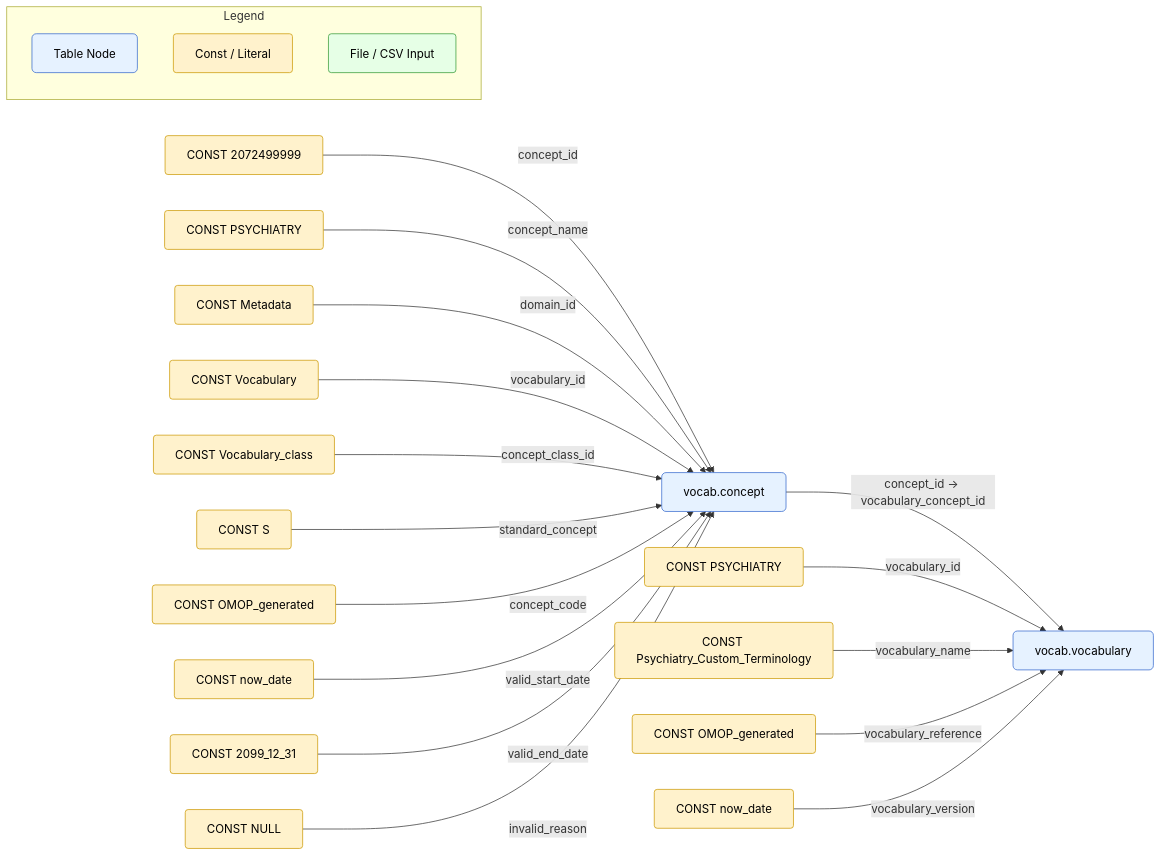
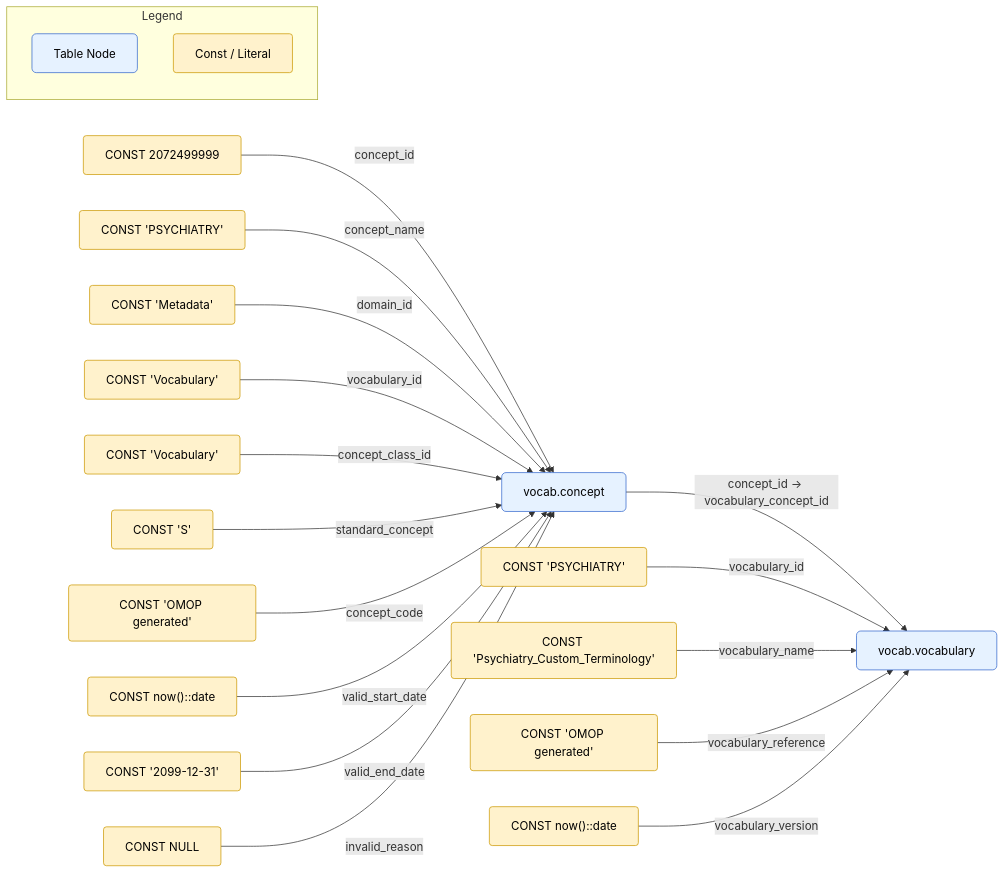
Before and after one commit to Emory-OMOP/CVB: the second of 6 diagrams in PSYCHIATRY/Builder/sql/readme.md, drawn with Mermaid. The commit also changed other lines of this file and 1 other file, not shown here.

Commit message:
:sparkles: Created documentation through step 4

````diff
--- a/PSYCHIATRY/Builder/sql/readme.md
+++ b/PSYCHIATRY/Builder/sql/readme.md
@@ -11,59 +30,50 @@
 ```mermaid
-%% Column-level lineage: create-general-concepts.sql
-%% Styles: table=blue, const=yellow, file=green
+%% Column-level lineage: create-general-concepts.sql (Step 1)
+%% Functions/literals quoted; legend included only in Step 1.
 
 flowchart LR
-  %% Table nodes
   VC[vocab.concept]:::table
   VV[vocab.vocabulary]:::table
 
-  %% Const sources
-  C_ID[CONST 2072499999]:::const
-  C_NAME[CONST PSYCHIATRY]:::const
-  C_DOMAIN[CONST Metadata]:::const
-  C_VOCAB_ID[CONST Vocabulary]:::const
-  C_CLASS[CONST Vocabulary_class]:::const
-  C_STD[CONST S]:::const
-  C_CODE[CONST OMOP_generated]:::const
-  C_VSTART[CONST now_date]:::const
-  C_VEND[CONST 2099_12_31]:::const
-  C_INV[CONST NULL]:::const
+  C_ID["CONST 2072499999"]:::const
+  C_NAME["CONST 'PSYCHIATRY'"]:::const
+  C_DOMAIN["CONST 'Metadata'"]:::const
+  C_VOCAB_ID["CONST 'Vocabulary'"]:::const
+  C_CLASS["CONST 'Vocabulary'"]:::const
+  C_STD["CONST 'S'"]:::const
+  C_CODE["CONST 'OMOP generated'"]:::const
+  C_VSTART["CONST now()::date"]:::const
+  C_VEND["CONST '2099-12-31'"]:::const
+  C_INV["CONST NULL"]:::const
 
-  V_ID[CONST PSYCHIATRY]:::const
-  V_NAME[CONST Psychiatry_Custom_Terminology]:::const
-  V_REF[CONST OMOP_generated]:::const
-  V_VER[CONST now_date]:::const
+  V_ID["CONST 'PSYCHIATRY'"]:::const
+  V_NAME["CONST 'Psychiatry_Custom_Terminology'"]:::const
+  V_REF["CONST 'OMOP generated'"]:::const
+  V_VER["CONST now()::date"]:::const
 
-  %% Edges to vocab.concept
   C_ID -->|concept_id| VC
   C_NAME -->|concept_name| VC
   C_DOMAIN -->|domain_id| VC
   C_VOCAB_ID -->|vocabulary_id| VC
   C_CLASS -->|concept_class_id| VC
   C_STD -->|standard_concept| VC
   C_CODE -->|concept_code| VC
   C_VSTART -->|valid_start_date| VC
   C_VEND -->|valid_end_date| VC
   C_INV -->|invalid_reason| VC
 
-  %% Link concept to vocabulary_concept_id
-  VC -->|concept_id -> vocabulary_concept_id| VV
+  VC -->|"concept_id -> vocabulary_concept_id"| VV
 
-  %% Edges to vocab.vocabulary
   V_ID -->|vocabulary_id| VV
   V_NAME -->|vocabulary_name| VV
   V_REF -->|vocabulary_reference| VV
   V_VER -->|vocabulary_version| VV
 
-  %% Legend
   subgraph Legend [Legend]
     L1[Table Node]:::table
     L2[Const / Literal]:::const
-    L3[File / CSV Input]:::file
   end
 
-  %% Styles
   classDef table fill:#e6f2ff,stroke:#3366cc,stroke-width:1px,color:#000,rx:6,ry:6;
   classDef const fill:#fff2cc,stroke:#cc9900,stroke-width:1px,color:#000,rx:4,ry:4;
-  classDef file fill:#e6ffe6,stroke:#339933,stroke-width:1px,color:#000,rx:4,ry:4;
 ```
````
